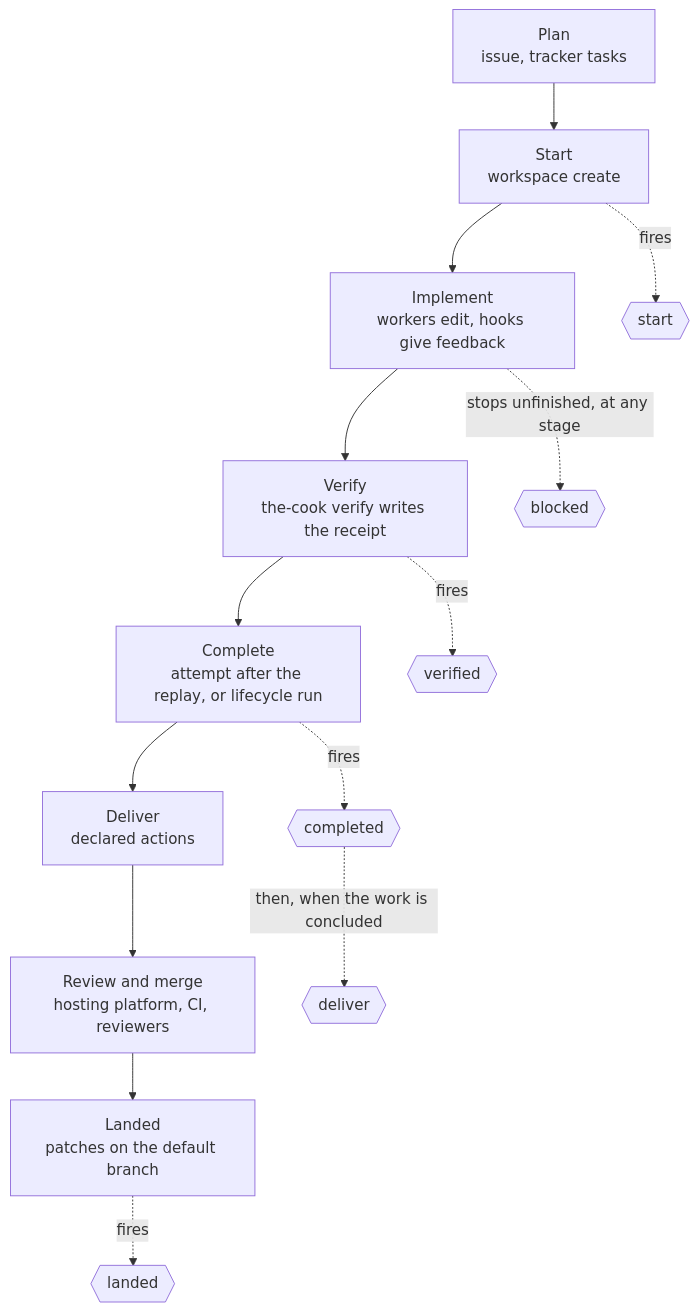
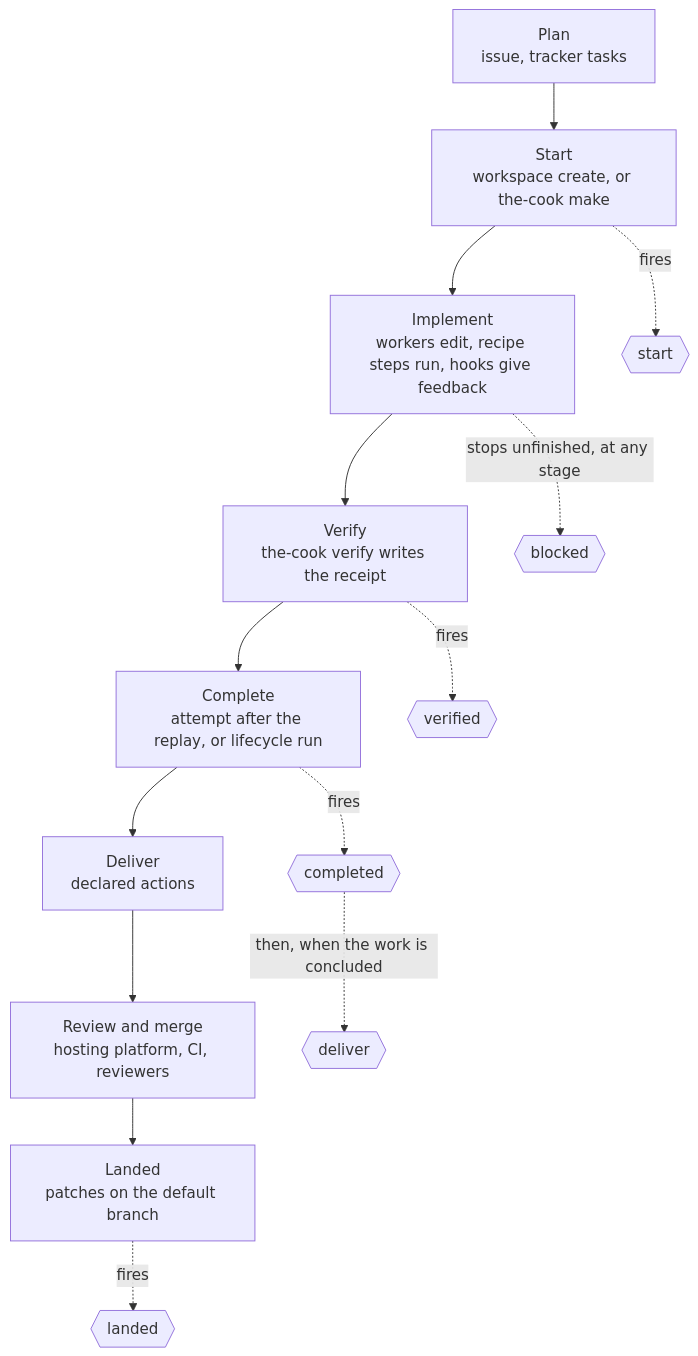
The first of 2 diagrams in docs/features/lifecycle.md (lmarqs/harness), drawn with Mermaid before and after one commit. The commit also changed other lines of this file and 53 other files, not shown here.

````diff
--- a/docs/features/lifecycle.md
+++ b/docs/features/lifecycle.md
@@ -101,16 +115,16 @@
 ```mermaid
 flowchart TB
-  s1["Plan<br/>issue, tracker tasks"] --> s2["Start<br/>workspace create"]
-  s2 --> s3["Implement<br/>workers edit, hooks give feedback"]
+  s1["Plan<br/>issue, tracker tasks"] --> s2["Start<br/>workspace create, or the-cook make"]
+  s2 --> s3["Implement<br/>workers edit, recipe steps run, hooks give feedback"]
   s3 --> s4["Verify<br/>the-cook verify writes the receipt"]
   s4 --> s5["Complete<br/>attempt after the replay, or lifecycle run"]
   s5 --> s6["Deliver<br/>declared actions"]
   s6 --> s7["Review and merge<br/>hosting platform, CI, reviewers"]
   s7 --> s8["Landed<br/>patches on the default branch"]
   s2 -.->|fires| e1{{start}}
   s4 -.->|fires| e2{{verified}}
   s5 -.->|fires| e3{{completed}}
   e3 -.->|then, when the work is concluded| e4{{deliver}}
   s8 -.->|fires| e5{{landed}}
   s3 -.->|stops unfinished, at any stage| e6{{blocked}}
 ```
````
